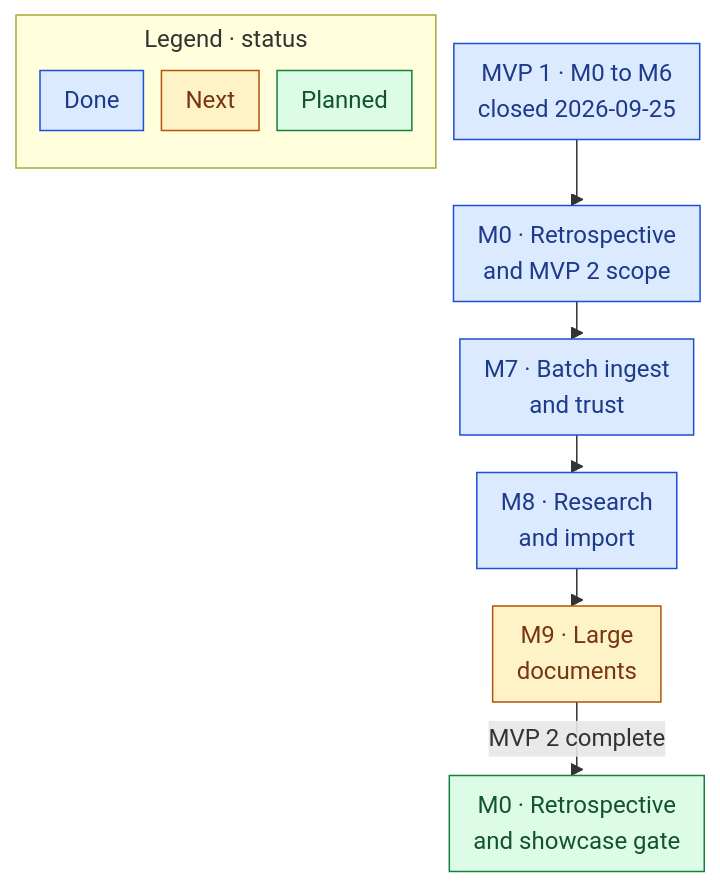
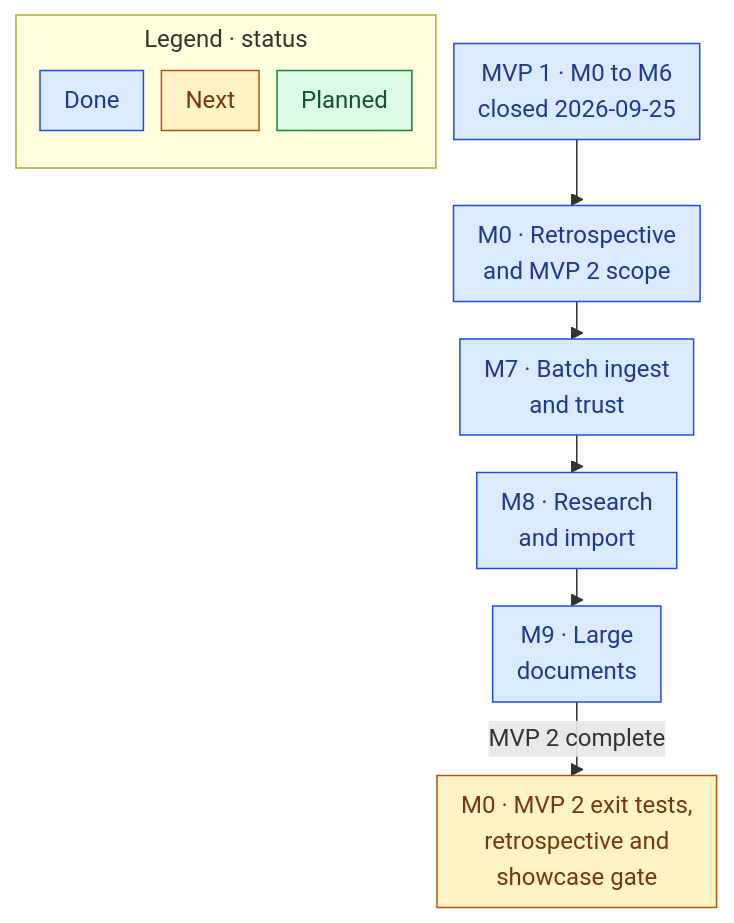
Before and after one commit to quocnguyen13/second-brain: the diagram in mine/projects/thinking-system/21 Roadmap.md, drawn with Mermaid. The commit also changed other lines of this file and 8 other files, not shown here.

````diff
--- a/mine/projects/thinking-system/21 Roadmap.md
+++ b/mine/projects/thinking-system/21 Roadmap.md
@@ -20,21 +20,21 @@
 ```mermaid
 %%{init: {"flowchart": {"curve": "step", "useMaxWidth": true, "nodeSpacing": 12, "rankSpacing": 25, "padding": 8, "subGraphTitleMargin": {"top": 4, "bottom": 8}}}}%%
 flowchart TD
     subgraph LEG["Legend · status"]
         direction TB
         L1["Done"]:::done
         L2["Next"]:::next
         L3["Planned"]:::plan
     end
     V1["MVP 1 · M0 to M6<br/>closed 2026-09-25"]:::done
     PM["M0 · Retrospective<br/>and MVP 2 scope"]:::done
     M7["M7 · Batch ingest<br/>and trust"]:::done
     M8["M8 · Research<br/>and import"]:::done
-    M9["M9 · Large<br/>documents"]:::next
-    G["M0 · Retrospective<br/>and showcase gate"]:::plan
+    M9["M9 · Large<br/>documents"]:::done
+    G["M0 · MVP 2 exit tests,<br/>retrospective and<br/>showcase gate"]:::next
     V1 --> PM --> M7 --> M8 --> M9
     M9 -- "MVP 2 complete" --> G
     classDef done fill:#dbeafe,stroke:#1d4ed8,color:#1e3a8a
     classDef next fill:#fef3c7,stroke:#b45309,color:#78350f
     classDef plan fill:#dcfce7,stroke:#15803d,color:#14532d
 ```
````
